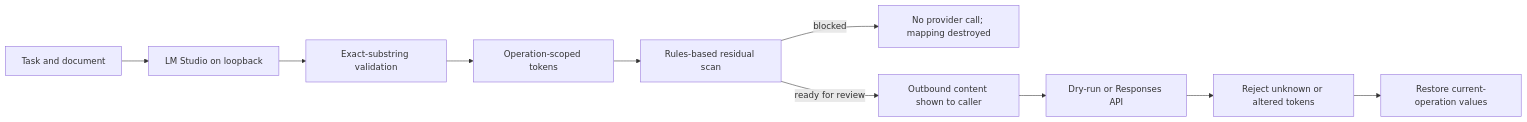
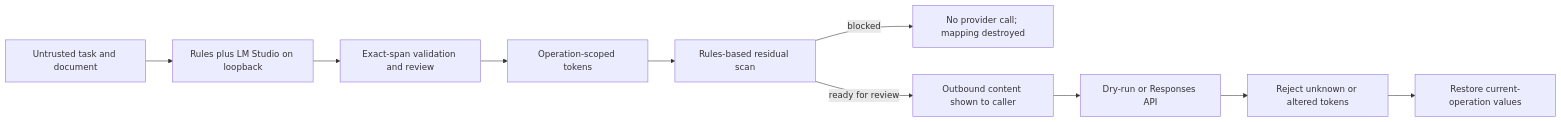
Before and after one commit to AI-Danil/pii-airlock: the diagram in README.md, drawn with Mermaid. The commit also changed other lines of this file and 43 other files, not shown here.

````diff
--- a/README.md
+++ b/README.md
@@ -13,12 +13,12 @@
 ```mermaid
 flowchart LR
-    A["Task and document"] --> B["LM Studio on loopback"]
-    B --> C["Exact-substring validation"]
+    A["Untrusted task and document"] --> B["Rules plus LM Studio on loopback"]
+    B --> C["Exact-span validation and review"]
     C --> D["Operation-scoped tokens"]
     D --> E["Rules-based residual scan"]
     E -->|blocked| X["No provider call; mapping destroyed"]
     E -->|ready for review| R["Outbound content shown to caller"]
     R --> F["Dry-run or Responses API"]
     F --> G["Reject unknown or altered tokens"]
     G --> H["Restore current-operation values"]
 ```
````
